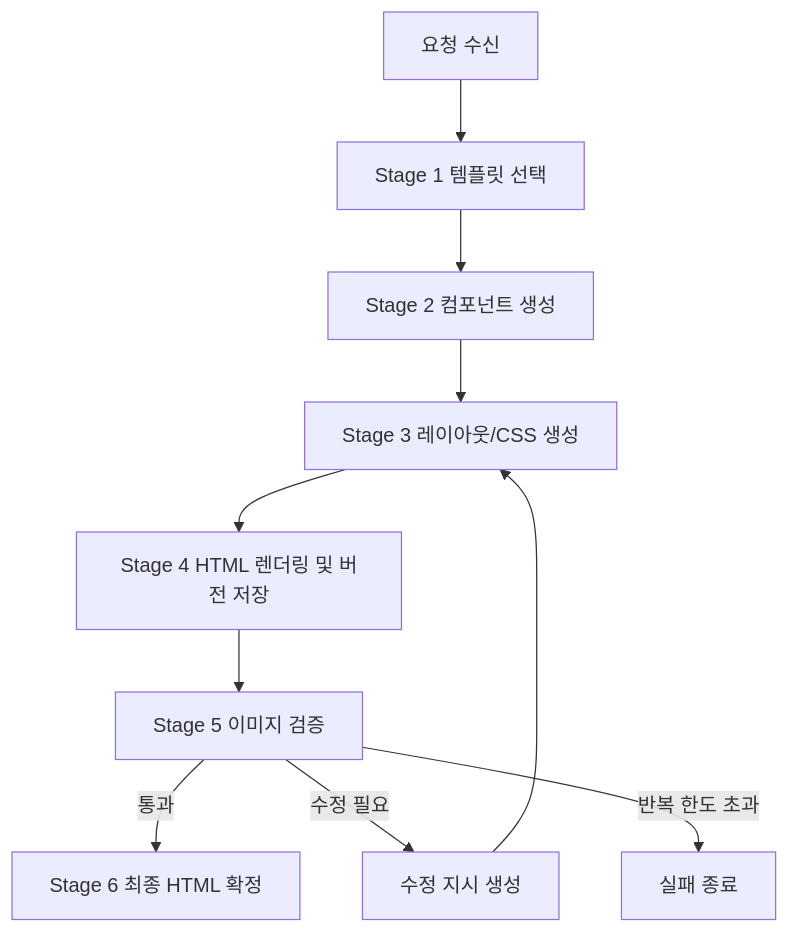
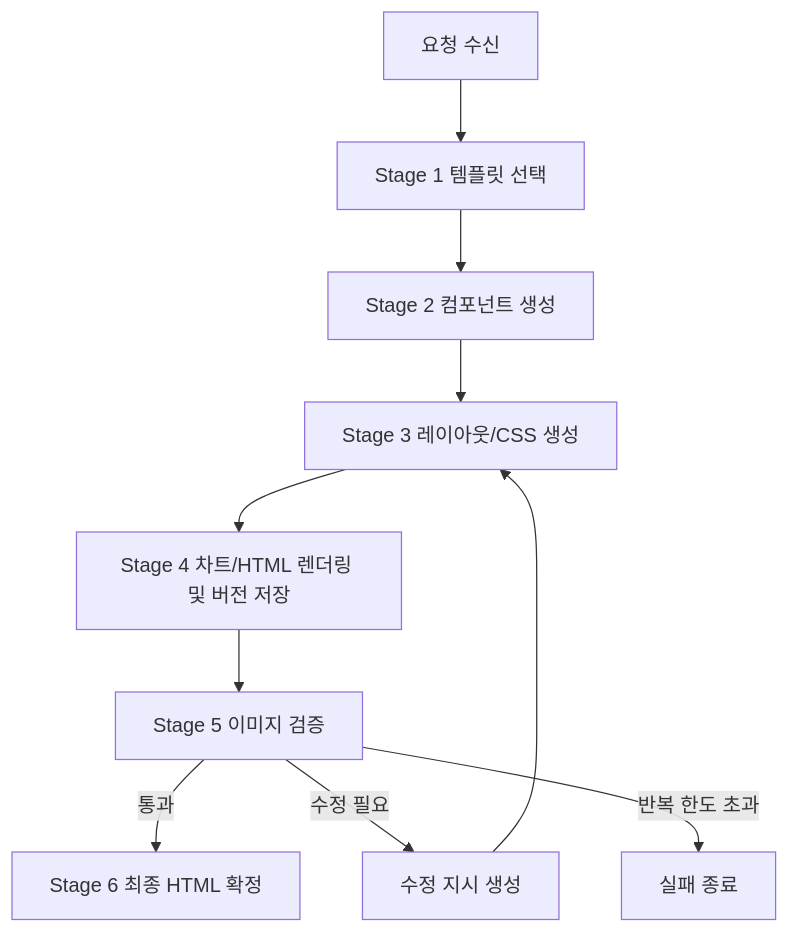
Before and after one commit to kbh0083/report-builder: the diagram in document/plan/리포트_엔진_상세_설계서-20260527.md, drawn with Mermaid. The commit also changed other lines of this file and 36 other files, not shown here.

````diff
--- a/document/plan/리포트_엔진_상세_설계서-20260527.md
+++ b/document/plan/리포트_엔진_상세_설계서-20260527.md
@@ -59,12 +59,12 @@
 ```mermaid
 flowchart TD
     A["요청 수신"] --> B["Stage 1 템플릿 선택"]
     B --> C["Stage 2 컴포넌트 생성"]
     C --> D["Stage 3 레이아웃/CSS 생성"]
-    D --> E["Stage 4 HTML 렌더링 및 버전 저장"]
+    D --> E["Stage 4 차트/HTML 렌더링 및 버전 저장"]
     E --> F["Stage 5 이미지 검증"]
     F -->|통과| G["Stage 6 최종 HTML 확정"]
     F -->|수정 필요| H["수정 지시 생성"]
     H --> D
     F -->|반복 한도 초과| I["실패 종료"]
 ```
````
